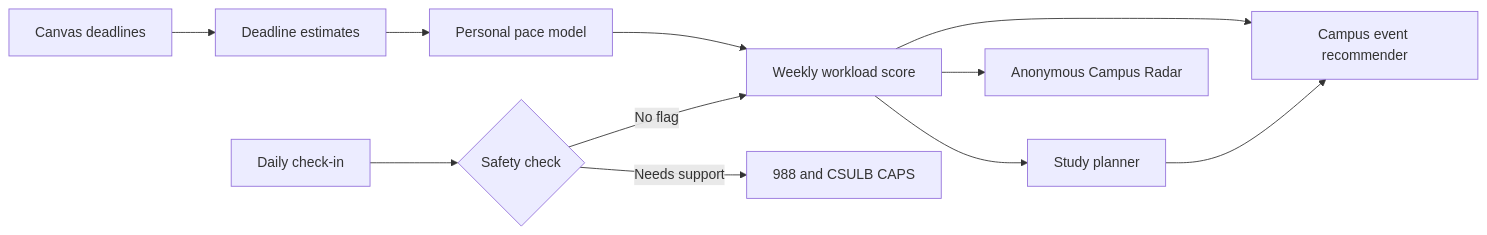
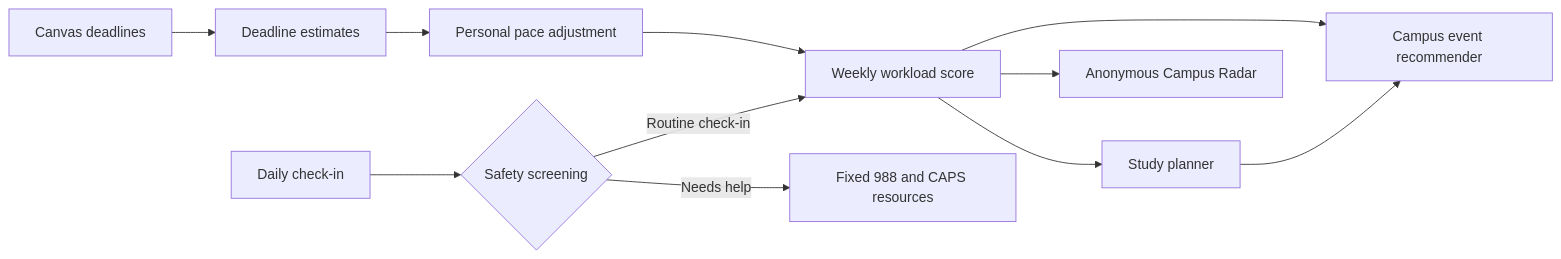
Before and after one commit to vohongvyle/beachwell: the diagram in README.md, drawn with Mermaid. The commit also changed other lines of this file, not shown here.

Commit message:
updated code report with real event link data

````diff
--- a/README.md
+++ b/README.md
@@ -38,13 +71,13 @@
 ```mermaid
 flowchart LR
     A[Canvas deadlines] --> B[Deadline estimates]
-    B --> C[Personal pace model]
+    B --> C[Personal pace adjustment]
     C --> D[Weekly workload score]
-    E[Daily check-in] --> F{Safety check}
-    F -->|Needs support| G[988 and CSULB CAPS]
-    F -->|No flag| D
-    D --> H[Study planner]
-    D --> I[Campus event recommender]
-    H --> I
-    D --> J[Anonymous Campus Radar]
+    D --> E[Study planner]
+    D --> F[Campus event recommender]
+    E --> F
+    D --> G[Anonymous Campus Radar]
+    H[Daily check-in] --> I{Safety screening}
+    I -->|Routine check-in| D
+    I -->|Needs help| J[Fixed 988 and CAPS resources]
 ```
````
